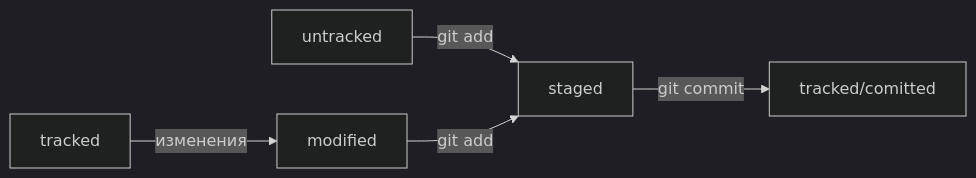
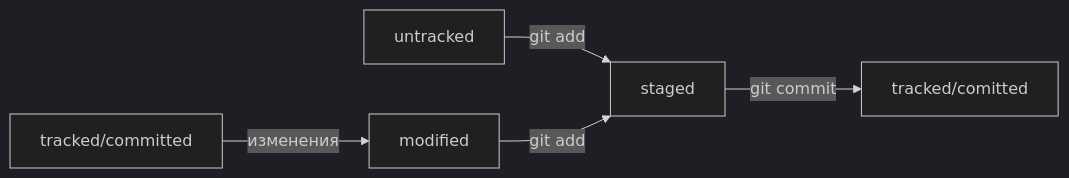
One commit to HelenBagigah/git-crib changed the diagram in README.md. Above: the diagram before and after it, drawn with Mermaid (dark theme).

Commit message:
Исправить ошибку в mermaid схеме статусов файлов в git

````diff
--- a/README.md
+++ b/README.md
@@ -261,7 +261,7 @@
 ```mermaid
 graph LR;
   untracked -- "git add" --> staged;
   staged -- "git commit" --> tracked/comitted;
-  tracked -- "изменения" --> modified;
+  tracked/committed -- "изменения" --> modified;
   modified -- "git add" --> staged
 ```
````
